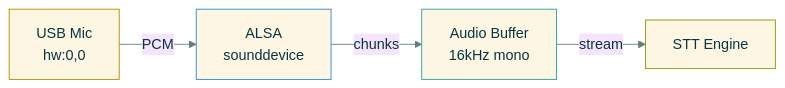
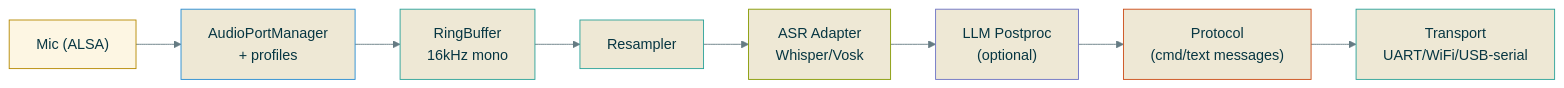
One commit to cprima-homelab/dictacode changed the second of 18 diagrams in docs/diagrams.md. Above: the diagram before and after it, drawn with Mermaid. The commit also changed other lines of this file and 3 other files, not shown here.

First line of the commit message:
Add architecture plans v0.3.10-v0.3.11 and code map tool

````diff
--- a/docs/diagrams.md
+++ b/docs/diagrams.md
@@ -40,17 +50,23 @@
 ```mermaid
 %%{init: {'theme': 'base', 'themeVariables': { 'primaryColor': '#fdf6e3', 'primaryTextColor': '#073642', 'primaryBorderColor': '#268bd2', 'lineColor': '#657b83'}}}%%
 flowchart LR
-    MIC["USB Mic<br/>hw:0,0"]
-    ALSA["ALSA<br/>sounddevice"]
-    BUF["Audio Buffer<br/>16kHz mono"]
-    STT["STT Engine"]
+    MIC["Mic (ALSA)"]
+    PORTS["AudioPortManager\n+ profiles"]
+    BUF["RingBuffer\n16kHz mono"]
+    RESAMPLE["Resampler"]
+    ASR["ASR Adapter\nWhisper/Vosk"]
+    LLM["LLM Postproc\n(optional)"]
+    PROTO["Protocol\n(cmd/text messages)"]
+    TX["Transport\nUART/WiFi/USB-serial"]
 
-    MIC -->|PCM| ALSA
-    ALSA -->|chunks| BUF
-    BUF -->|stream| STT
+    MIC --> PORTS --> BUF --> RESAMPLE --> ASR --> LLM --> PROTO --> TX
 
     style MIC fill:#fdf6e3,stroke:#b58900,color:#073642
-    style ALSA fill:#fdf6e3,stroke:#268bd2,color:#073642
-    style BUF fill:#fdf6e3,stroke:#2aa198,color:#073642
-    style STT fill:#fdf6e3,stroke:#859900,color:#073642
+    style PORTS fill:#eee8d5,stroke:#268bd2,color:#073642
+    style BUF fill:#eee8d5,stroke:#2aa198,color:#073642
+    style RESAMPLE fill:#eee8d5,stroke:#2aa198,color:#073642
+    style ASR fill:#eee8d5,stroke:#859900,color:#073642
+    style LLM fill:#eee8d5,stroke:#6c71c4,color:#073642
+    style PROTO fill:#eee8d5,stroke:#cb4b16,color:#073642
+    style TX fill:#eee8d5,stroke:#2aa198,color:#073642
 ```
````
